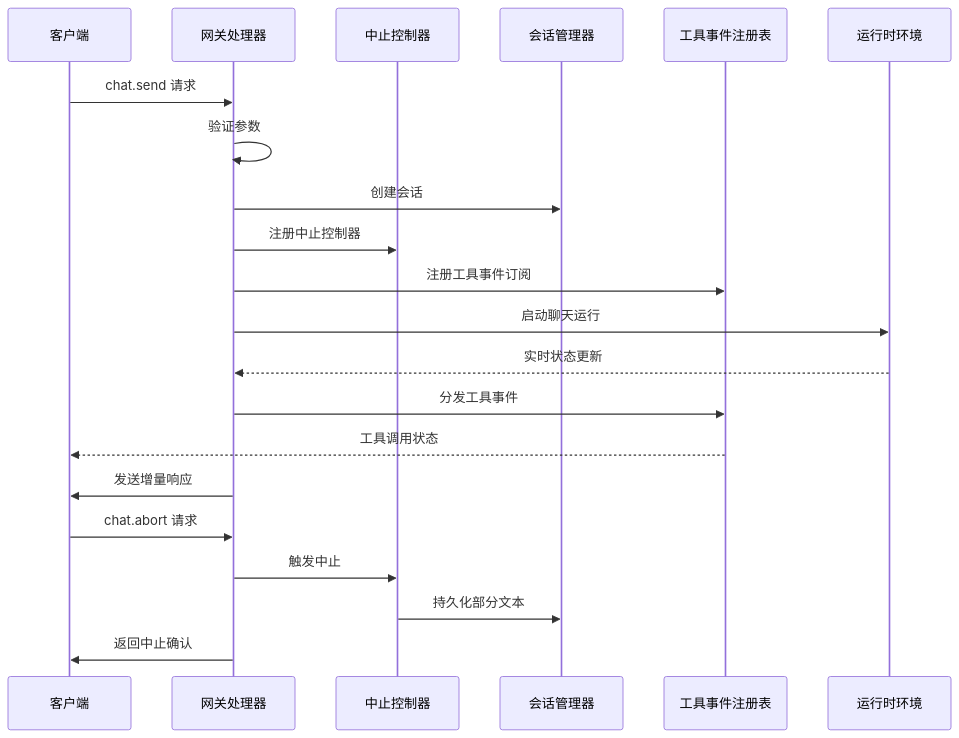
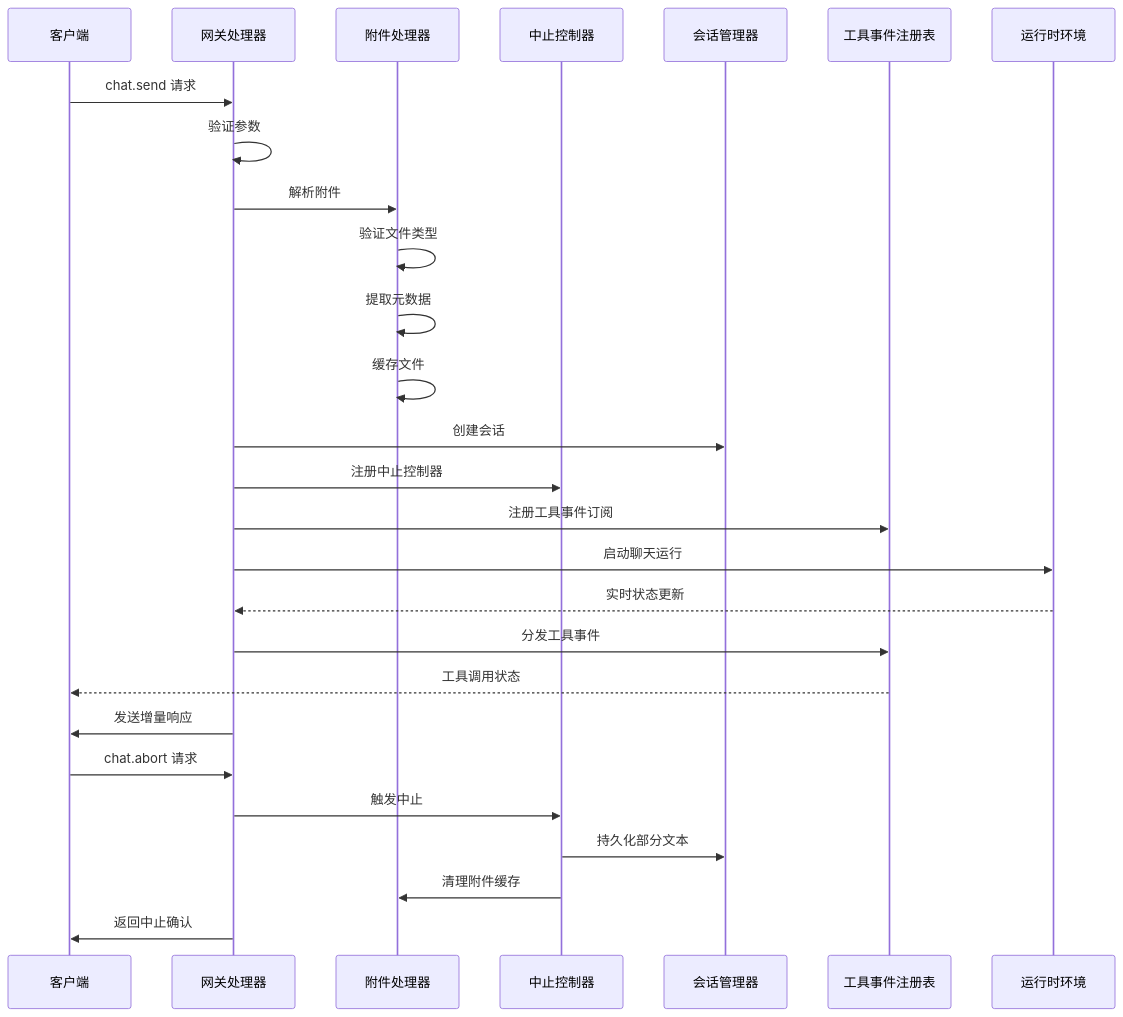
Before and after one commit to verse-ai-org/openclaw: the second of 20 diagrams in .qoder/repowiki/zh/content/Web界面/WebChat界面/聊天运行时提供者增强.md, drawn with Mermaid. The commit also changed other lines of this file and 7 other files, not shown here.

````diff
--- a/.qoder/repowiki/zh/content/Web界面/WebChat界面/聊天运行时提供者增强.md
+++ b/.qoder/repowiki/zh/content/Web界面/WebChat界面/聊天运行时提供者增强.md
@@ -156,23 +182,29 @@
 ```mermaid
 sequenceDiagram
 participant Client as 客户端
 participant Gateway as 网关处理器
+participant Attachments as 附件处理器
 participant AbortCtrl as 中止控制器
 participant SessionMgr as 会话管理器
 participant ToolRegistry as 工具事件注册表
 participant Runtime as 运行时环境
 Client->>Gateway : chat.send 请求
 Gateway->>Gateway : 验证参数
+Gateway->>Attachments : 解析附件
+Attachments->>Attachments : 验证文件类型
+Attachments->>Attachments : 提取元数据
+Attachments->>Attachments : 缓存文件
 Gateway->>SessionMgr : 创建会话
 Gateway->>AbortCtrl : 注册中止控制器
 Gateway->>ToolRegistry : 注册工具事件订阅
 Gateway->>Runtime : 启动聊天运行
 Runtime-->>Gateway : 实时状态更新
 Gateway->>ToolRegistry : 分发工具事件
 ToolRegistry-->>Client : 工具调用状态
 Gateway->>Client : 发送增量响应
 Client->>Gateway : chat.abort 请求
 Gateway->>AbortCtrl : 触发中止
 AbortCtrl->>SessionMgr : 持久化部分文本
+AbortCtrl->>Attachments : 清理附件缓存
 Gateway->>Client : 返回中止确认
 ```
````
